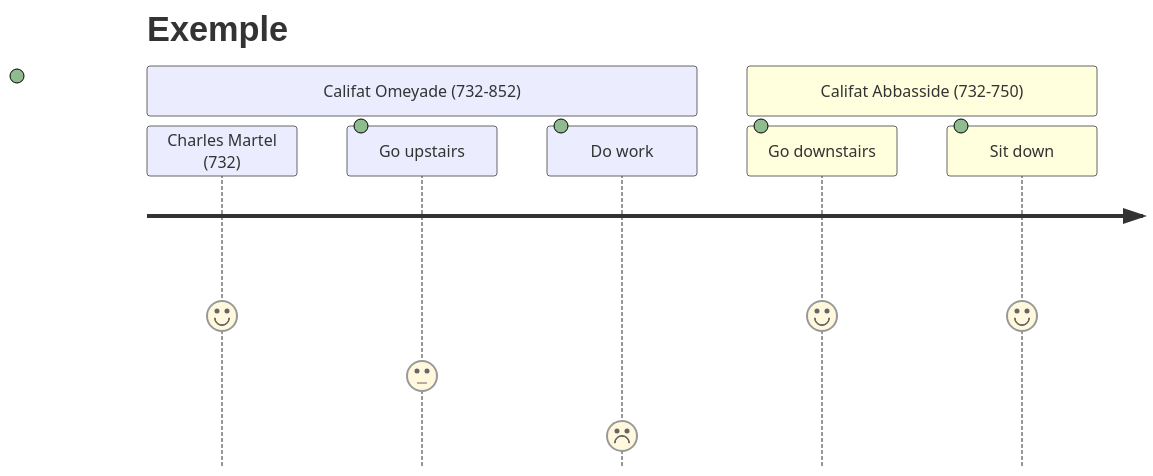
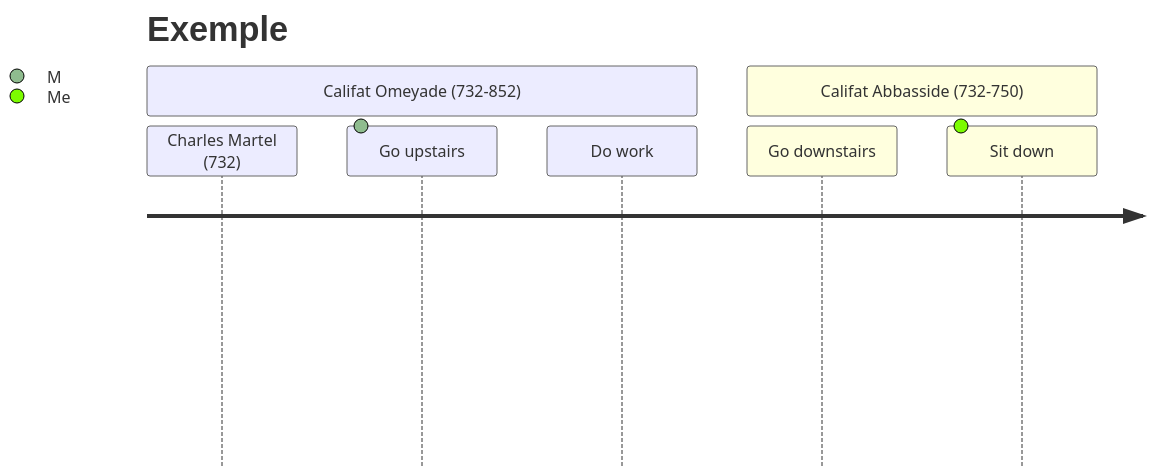
Before and after one commit to emysushi/notes: the diagram in Template/tpl-fiche_histoire-geo.md, drawn with Mermaid. The commit also changed 1 other file, not shown here.

Commit message:
vault backup: 2023-03-07 20:01:36

````diff
--- a/Template/tpl-fiche_histoire-geo.md
+++ b/Template/tpl-fiche_histoire-geo.md
@@ -37,11 +37,11 @@
 ```mermaid
 journey
     title Exemple
     section Califat Omeyade (732-852)
-      Charles Martel (732) : 5
-      Go upstairs: 3: 
-      Do work: 1: 
+      Charles Martel (732) : 10.5 
+      Go upstairs: 10.5 : M
+      Do work: 10.5
     section Califat Abbasside (732-750)
-      Go downstairs: 5: 
-      Sit down: 5: 
+      Go downstairs: 10.5
+      Sit down: 10.5 : Me
 ```
````
